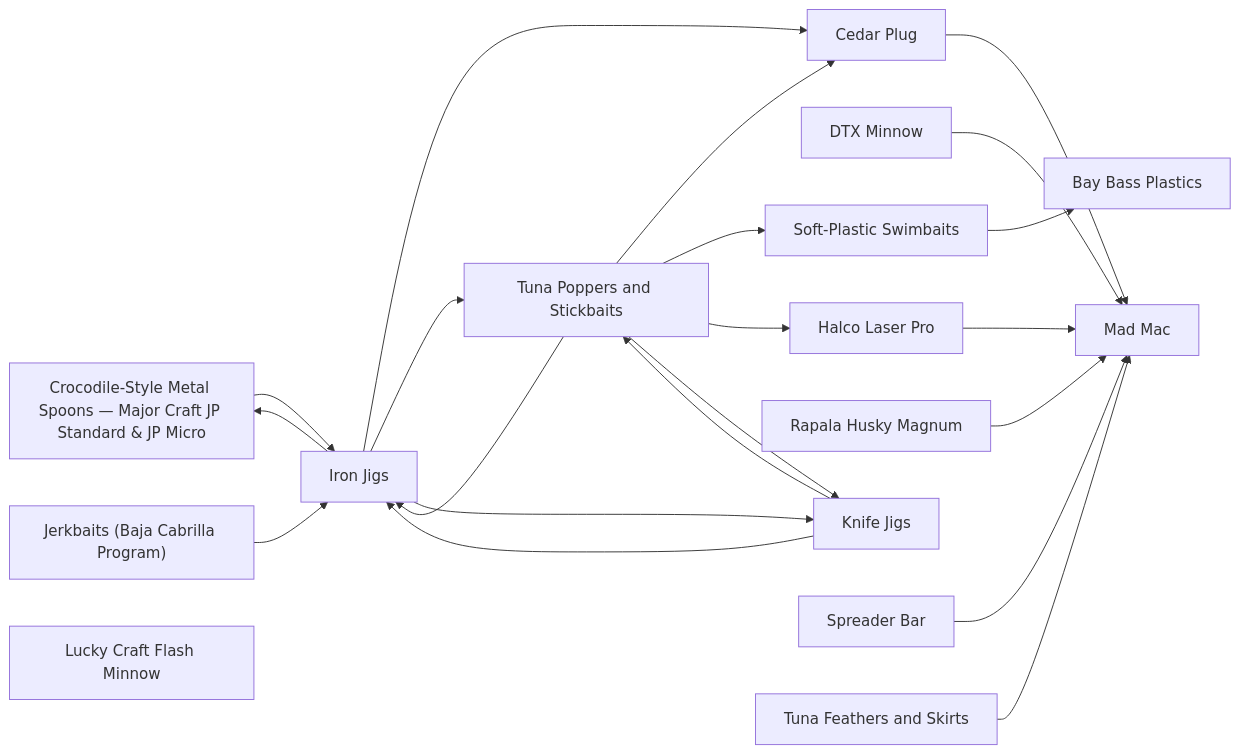
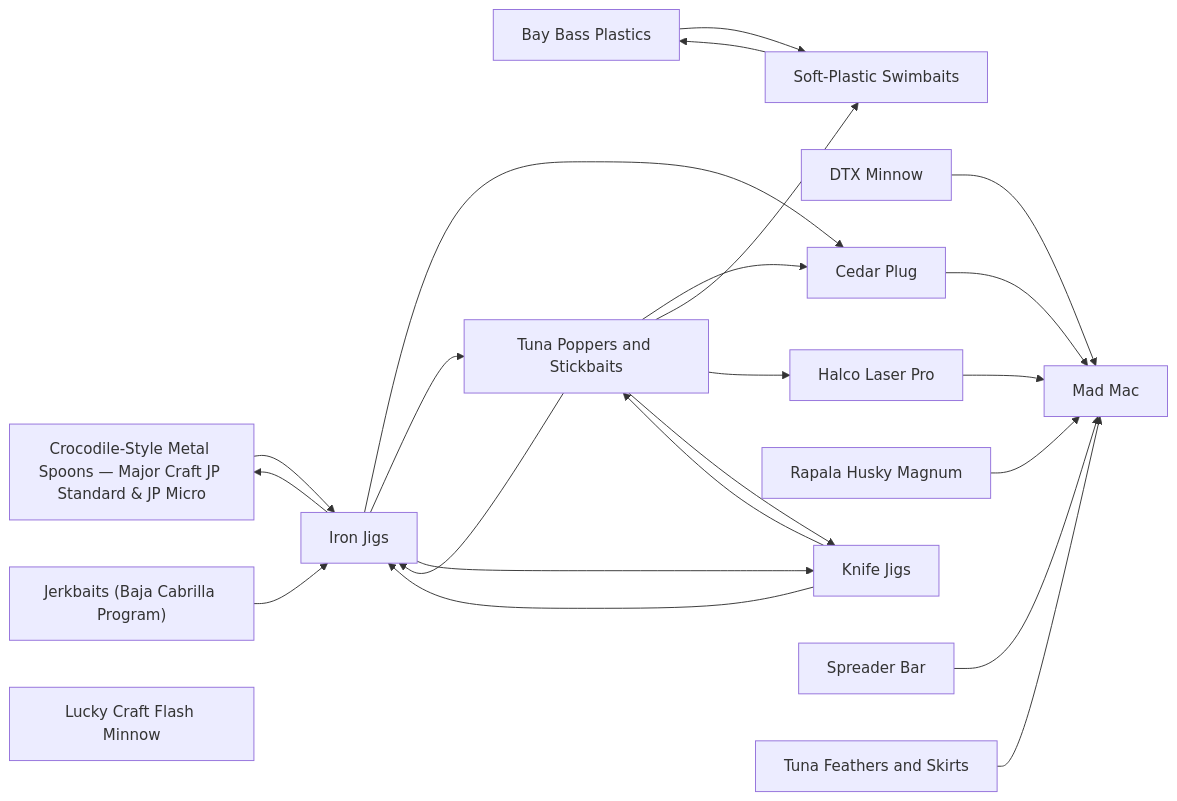
One commit to camchuckpete-max/Socal-Fishing-Knowledge changed the diagram in lures/README.md. Above: the diagram before and after it, drawn with Mermaid. The commit also changed 5 other files, not shown here.

````diff
--- a/lures/README.md
+++ b/lures/README.md
@@ -28,38 +28,39 @@
 ```mermaid
 graph LR
   n0["Bay Bass Plastics"]
   n1["Cedar Plug"]
   n2["Crocodile-Style Metal Spoons — Major Craft JP Standard & JP Micro"]
   n3["DTX Minnow"]
   n4["Halco Laser Pro"]
   n5["Iron Jigs"]
   n6["Jerkbaits (Baja Cabrilla Program)"]
   n7["Knife Jigs"]
   n8["Lucky Craft Flash Minnow"]
   n9["Mad Mac"]
   n10["Rapala Husky Magnum"]
   n11["Soft-Plastic Swimbaits"]
   n12["Spreader Bar"]
   n13["Tuna Feathers and Skirts"]
   n14["Tuna Poppers and Stickbaits"]
+  n0 --> n11
   n1 --> n9
   n10 --> n9
   n11 --> n0
   n12 --> n9
   n13 --> n9
   n14 --> n1
   n14 --> n11
   n14 --> n4
   n14 --> n5
   n14 --> n7
   n2 --> n5
   n3 --> n9
   n4 --> n9
   n5 --> n1
   n5 --> n14
   n5 --> n2
   n5 --> n7
   n6 --> n5
   n7 --> n14
   n7 --> n5
 ```
````
